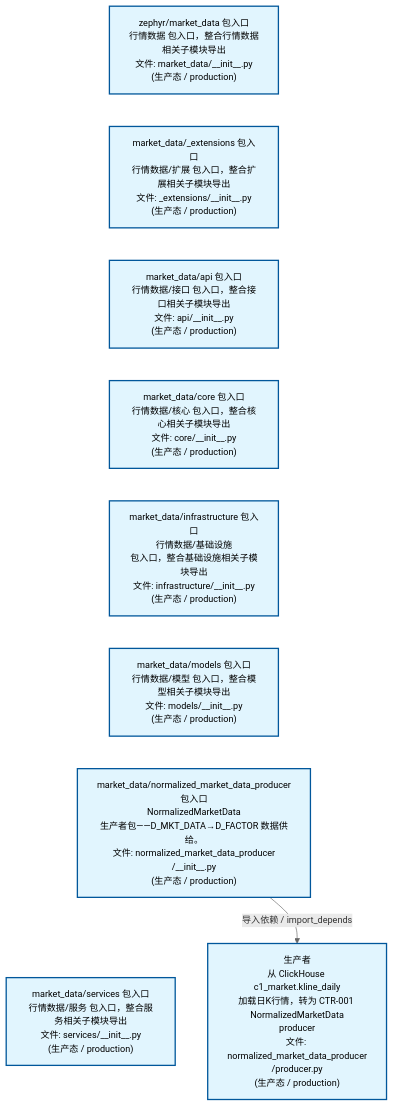
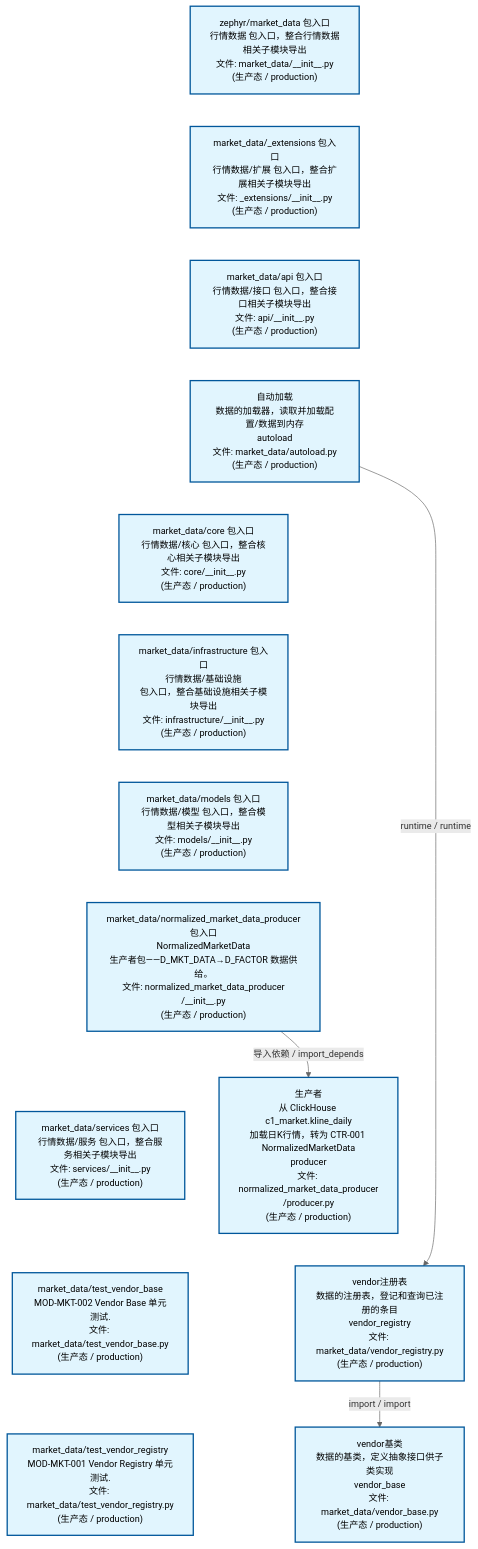
One commit to xuanFelixVan/ZephyrAlpha changed the second of 4 diagrams in docs/02_enterprise_architecture/02_domain_architecture_docs/23_d_mkt_data.md. Above: the diagram before and after it, drawn with Mermaid. The commit also changed other lines of this file and 41 other files, not shown here.

````diff
--- a/docs/02_enterprise_architecture/02_domain_architecture_docs/23_d_mkt_data.md
+++ b/docs/02_enterprise_architecture/02_domain_architecture_docs/23_d_mkt_data.md
@@ -116,26 +119,37 @@
 ```mermaid
 %%{init: {'theme': 'base', 'themeVariables': {'primaryColor': '#eaeaea', 'primaryTextColor': '#333333', 'primaryBorderColor': '#666666', 'lineColor': '#666666', 'secondaryColor': '#eaeaea', 'tertiaryColor': '#eaeaea', 'fontSize': '14px'}}}%%
 flowchart TD
     src_zephyr_market_data_init_py["zephyr/market_data 包入口<br/>行情数据 包入口，整合行情数据相关子模块导出<br/>文件: market_data/__init__.py<br/>(生产态 / production)"]
     src_zephyr_market_data_extensions_init_py["market_data/_extensions 包入口<br/>行情数据/扩展 包入口，整合扩展相关子模块导出<br/>文件: _extensions/__init__.py<br/>(生产态 / production)"]
     src_zephyr_market_data_api_init_py["market_data/api 包入口<br/>行情数据/接口 包入口，整合接口相关子模块导出<br/>文件: api/__init__.py<br/>(生产态 / production)"]
+    src_zephyr_market_data_autoload_py["自动加载<br/>数据的加载器，读取并加载配置/数据到内存<br/>autoload<br/>文件: market_data/autoload.py<br/>(生产态 / production)"]
     src_zephyr_market_data_core_init_py["market_data/core 包入口<br/>行情数据/核心 包入口，整合核心相关子模块导出<br/>文件: core/__init__.py<br/>(生产态 / production)"]
     src_zephyr_market_data_infrastructure_init_py["market_data/infrastructure 包入口<br/>行情数据/基础设施<br/>包入口，整合基础设施相关子模块导出<br/>文件: infrastructure/__init__.py<br/>(生产态 / production)"]
     src_zephyr_market_data_models_init_py["market_data/models 包入口<br/>行情数据/模型 包入口，整合模型相关子模块导出<br/>文件: models/__init__.py<br/>(生产态 / production)"]
     src_zephyr_market_data_normalized_market_data_producer_init_py["market_data/normalized_market_data_producer<br/>包入口<br/>NormalizedMarketData<br/>生产者包——D_MKT_DATA→D_FACTOR 数据供给。<br/>文件: normalized_market_data_producer<br/>/__init__.py<br/>(生产态 / production)"]
     src_zephyr_market_data_services_init_py["market_data/services 包入口<br/>行情数据/服务 包入口，整合服务相关子模块导出<br/>文件: services/__init__.py<br/>(生产态 / production)"]
+    tests_market_data_test_vendor_base_py["market_data/test_vendor_base<br/>MOD-MKT-002 Vendor Base 单元测试.<br/>文件: market_data/test_vendor_base.py<br/>(生产态 / production)"]
+    tests_market_data_test_vendor_registry_py["market_data/test_vendor_registry<br/>MOD-MKT-001 Vendor Registry 单元测试.<br/>文件: market_data/test_vendor_registry.py<br/>(生产态 / production)"]
     src_zephyr_market_data_init_py ~~~ src_zephyr_market_data_extensions_init_py
     src_zephyr_market_data_extensions_init_py ~~~ src_zephyr_market_data_api_init_py
-    src_zephyr_market_data_api_init_py ~~~ src_zephyr_market_data_core_init_py
+    src_zephyr_market_data_api_init_py ~~~ src_zephyr_market_data_autoload_py
+    src_zephyr_market_data_autoload_py ~~~ src_zephyr_market_data_core_init_py
     src_zephyr_market_data_core_init_py ~~~ src_zephyr_market_data_infrastructure_init_py
     src_zephyr_market_data_infrastructure_init_py ~~~ src_zephyr_market_data_models_init_py
     src_zephyr_market_data_models_init_py ~~~ src_zephyr_market_data_normalized_market_data_producer_init_py
     src_zephyr_market_data_normalized_market_data_producer_init_py ~~~ src_zephyr_market_data_services_init_py
+    src_zephyr_market_data_services_init_py ~~~ tests_market_data_test_vendor_base_py
+    tests_market_data_test_vendor_base_py ~~~ tests_market_data_test_vendor_registry_py
     src_zephyr_market_data_normalized_market_data_producer_producer_py["生产者<br/>从 ClickHouse c1_market.kline_daily<br/>加载日K行情，转为 CTR-001 NormalizedMarketData<br/>producer<br/>文件: normalized_market_data_producer<br/>/producer.py<br/>(生产态 / production)"]
+    src_zephyr_market_data_vendor_registry_py["vendor注册表<br/>数据的注册表，登记和查询已注册的条目<br/>vendor_registry<br/>文件: market_data/vendor_registry.py<br/>(生产态 / production)"]
+    src_zephyr_market_data_normalized_market_data_producer_producer_py ~~~ src_zephyr_market_data_vendor_registry_py
+    src_zephyr_market_data_vendor_base_py["vendor基类<br/>数据的基类，定义抽象接口供子类实现<br/>vendor_base<br/>文件: market_data/vendor_base.py<br/>(生产态 / production)"]
+    src_zephyr_market_data_vendor_registry_py -->|import / import| src_zephyr_market_data_vendor_base_py
+    src_zephyr_market_data_autoload_py -->|runtime / runtime| src_zephyr_market_data_vendor_registry_py
     src_zephyr_market_data_normalized_market_data_producer_init_py -->|导入依赖 / import_depends| src_zephyr_market_data_normalized_market_data_producer_producer_py
     classDef production fill:#e1f5fe,stroke:#01579b,stroke-width:2px,color:#000
     classDef design fill:#fff3e0,stroke:#e65100,stroke-width:2px,color:#000,stroke-dasharray: 5 5
     classDef external_prod fill:#e8f4fd,stroke:#0277bd,stroke-width:1px,color:#000
     classDef external_design fill:#fff8e7,stroke:#ef6c00,stroke-width:1px,color:#000,stroke-dasharray: 5 5
-    class src_zephyr_market_data_init_py,src_zephyr_market_data_extensions_init_py,src_zephyr_market_data_api_init_py,src_zephyr_market_data_core_init_py,src_zephyr_market_data_infrastructure_init_py,src_zephyr_market_data_models_init_py,src_zephyr_market_data_normalized_market_data_producer_init_py,src_zephyr_market_data_normalized_market_data_producer_producer_py,src_zephyr_market_data_services_init_py production
+    class src_zephyr_market_data_init_py,src_zephyr_market_data_extensions_init_py,src_zephyr_market_data_api_init_py,src_zephyr_market_data_autoload_py,src_zephyr_market_data_core_init_py,src_zephyr_market_data_infrastructure_init_py,src_zephyr_market_data_models_init_py,src_zephyr_market_data_normalized_market_data_producer_init_py,src_zephyr_market_data_normalized_market_data_producer_producer_py,src_zephyr_market_data_services_init_py,src_zephyr_market_data_vendor_base_py,src_zephyr_market_data_vendor_registry_py,tests_market_data_test_vendor_base_py,tests_market_data_test_vendor_registry_py production
 ```
````
